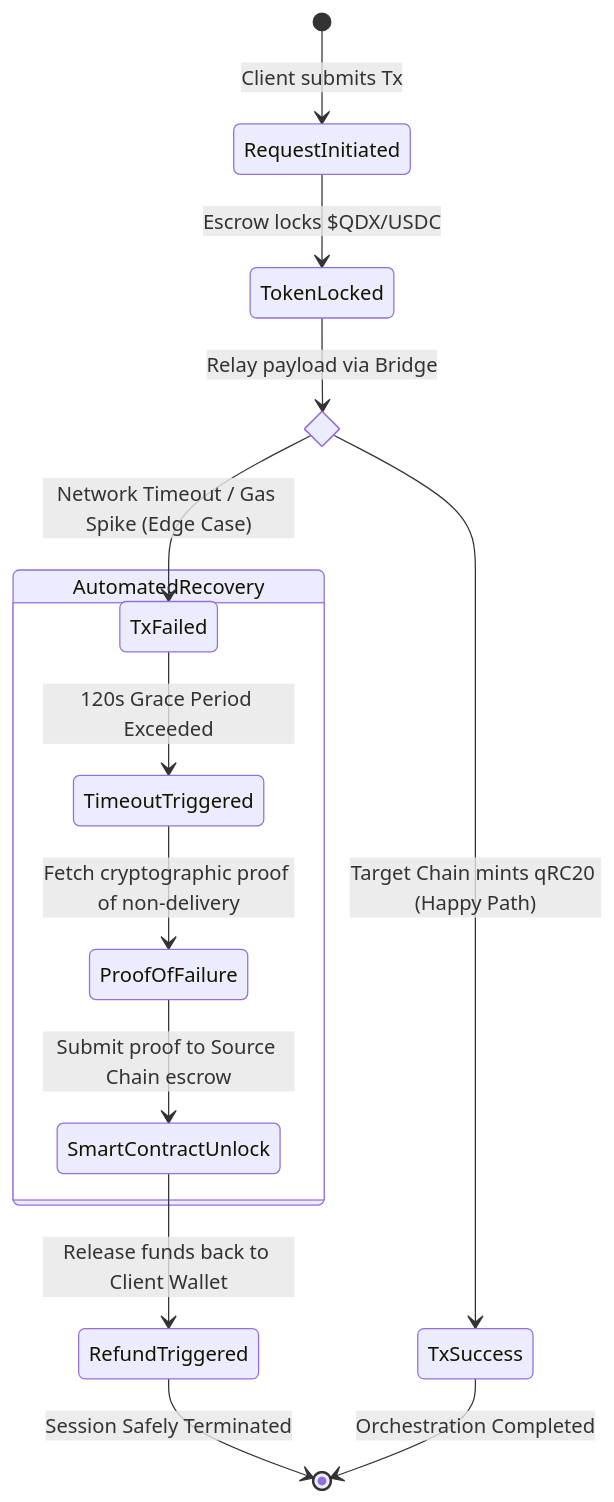
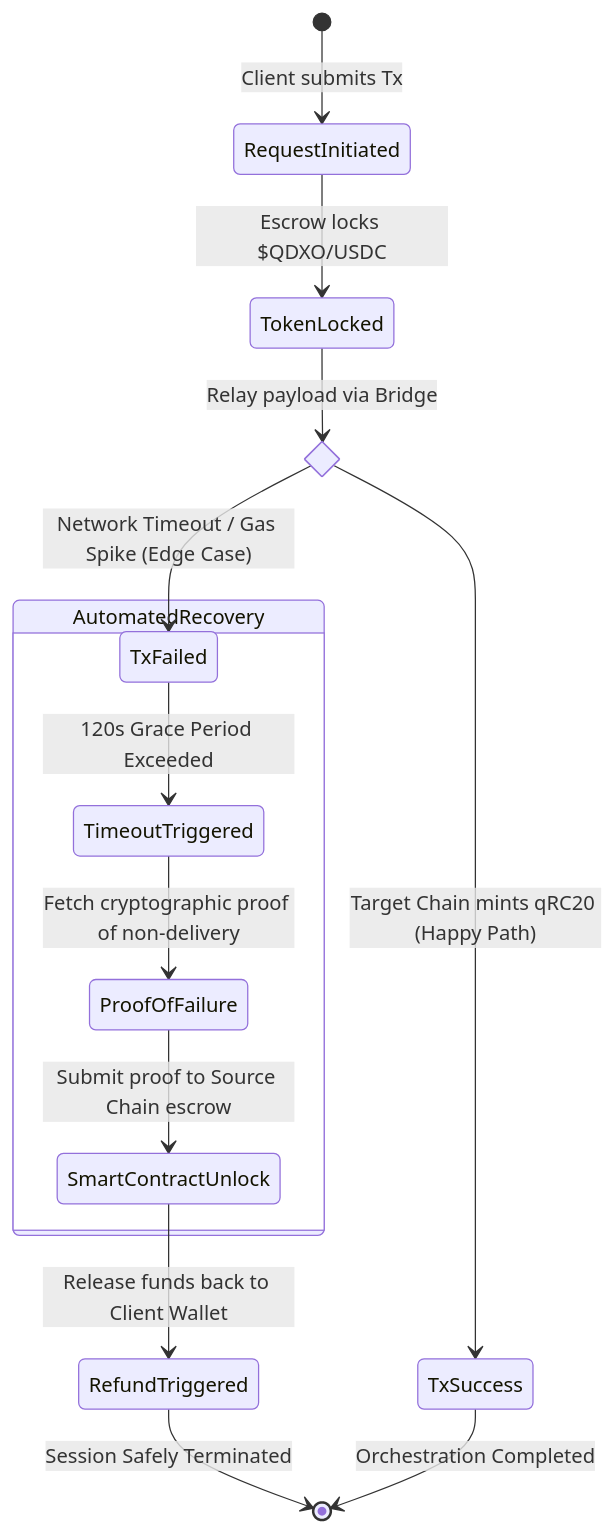
The diagram in README.md (fistion567-coder/QDX-Orchestrator), drawn with Mermaid before and after one commit. The commit also changed other lines of this file, not shown here.

````diff
--- a/README.md
+++ b/README.md
@@ -68,21 +67,21 @@
 ```mermaid
 stateDiagram-v2
     [*] --> RequestInitiated: Client submits Tx
-    RequestInitiated --> TokenLocked: Escrow locks \$QDX/USDC
+    RequestInitiated --> TokenLocked: Escrow locks \$QDXO/USDC
     
     state BridgeExecution <<choice>>
     TokenLocked --> BridgeExecution: Relay payload via Bridge
     
     BridgeExecution --> TxSuccess: Target Chain mints qRC20 (Happy Path)
     BridgeExecution --> TxFailed: Network Timeout / Gas Spike (Edge Case)
     
     state AutomatedRecovery {
         TxFailed --> TimeoutTriggered: 120s Grace Period Exceeded
         TimeoutTriggered --> ProofOfFailure: Fetch cryptographic proof of non-delivery
         ProofOfFailure --> SmartContractUnlock: Submit proof to Source Chain escrow
     }
     
     SmartContractUnlock --> RefundTriggered: Release funds back to Client Wallet
     RefundTriggered --> [*]: Session Safely Terminated
     TxSuccess --> [*]: Orchestration Completed
 ```
````
